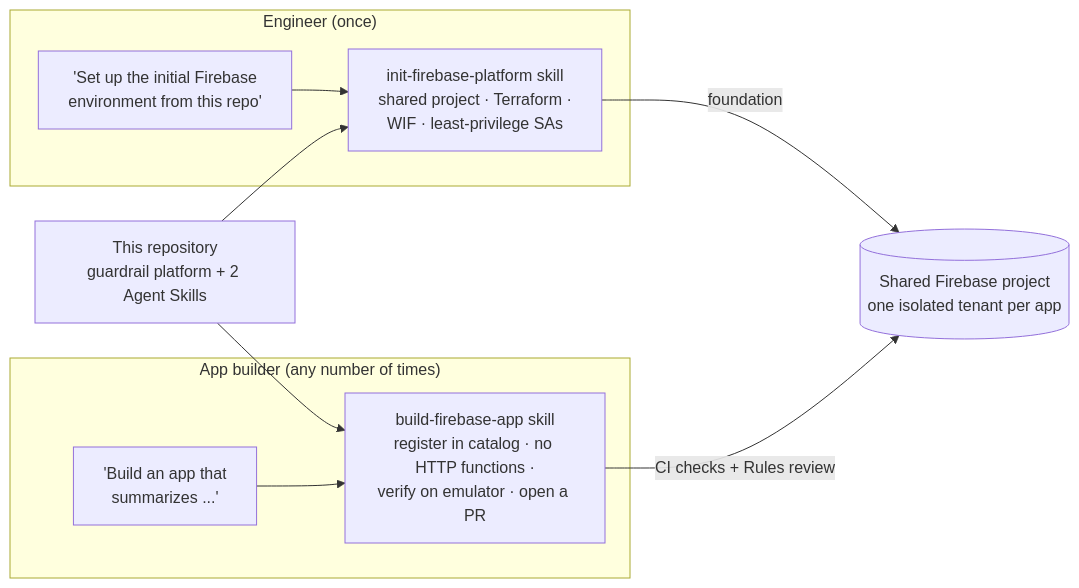
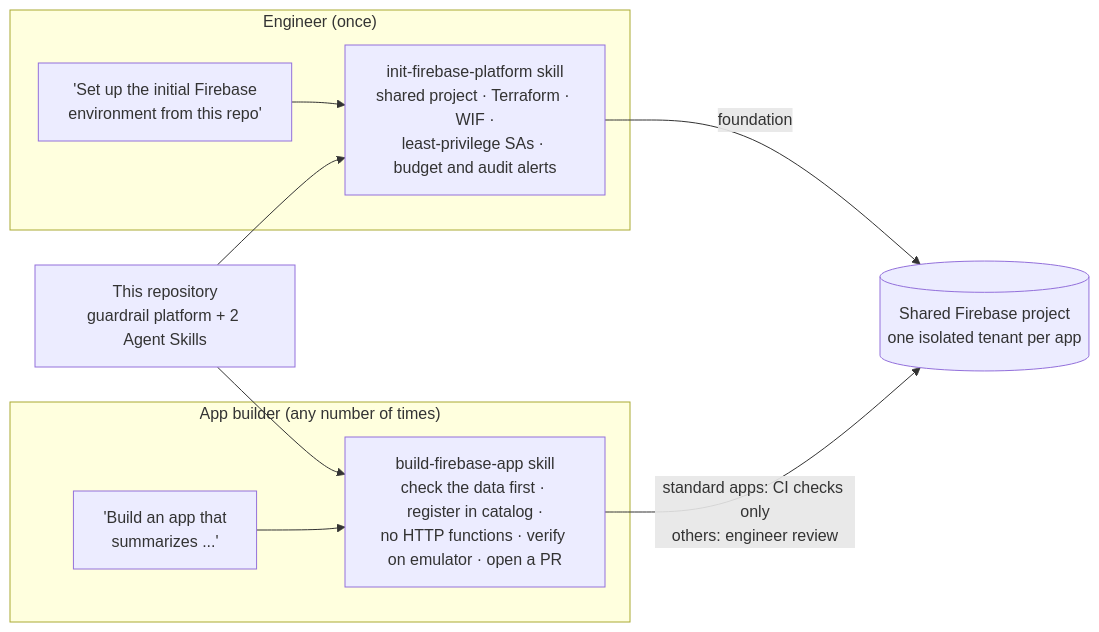
The diagram in README.md (reizist/antigravity-firebase-guardrail), drawn with Mermaid before and after one commit. The commit also changed other lines of this file and 32 other files, not shown here.

````diff
--- a/README.md
+++ b/README.md
@@ -33,21 +33,21 @@
 ```mermaid
 flowchart LR
     REPO["This repository<br/>guardrail platform + 2 Agent Skills"]
 
     subgraph DEV["Engineer (once)"]
         P1["'Set up the initial Firebase<br/>environment from this repo'"]
-        S1["init-firebase-platform skill<br/>shared project · Terraform ·<br/>WIF · least-privilege SAs"]
+        S1["init-firebase-platform skill<br/>shared project · Terraform · WIF ·<br/>least-privilege SAs · budget and audit alerts"]
         P1 --> S1
     end
 
     subgraph USER["App builder (any number of times)"]
         P2["'Build an app that<br/>summarizes ...'"]
-        S2["build-firebase-app skill<br/>register in catalog · no HTTP functions ·<br/>verify on emulator · open a PR"]
+        S2["build-firebase-app skill<br/>check the data first · register in catalog ·<br/>no HTTP functions · verify on emulator · open a PR"]
         P2 --> S2
     end
 
     REPO --> S1
     REPO --> S2
     S1 -->|"foundation"| ENV[("Shared Firebase project<br/>one isolated tenant per app")]
-    S2 -->|"CI checks + Rules review"| ENV
+    S2 -->|"standard apps: CI checks only<br/>others: engineer review"| ENV
 ```
````
